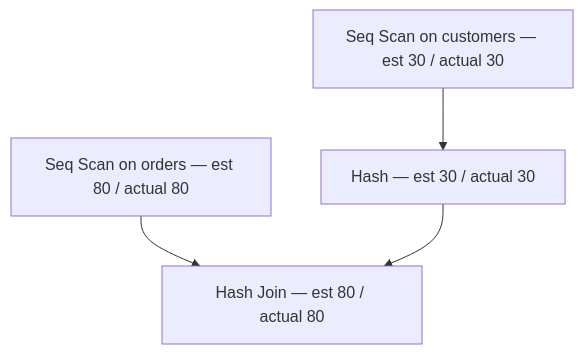
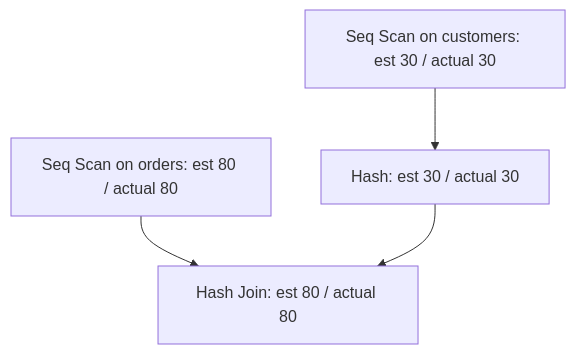
The diagram in web/src/data/content/m7.md (theakhandpatel/querycraft), drawn with Mermaid before and after one commit. The commit also changed other lines of this file and 343 other files, not shown here.

````diff
--- a/web/src/data/content/m7.md
+++ b/web/src/data/content/m7.md
@@ -17,10 +17,10 @@
 ```mermaid
 flowchart TD
-    HJ["Hash Join — est 80 / actual 80"]
-    A["Seq Scan on orders — est 80 / actual 80"]
-    H["Hash — est 30 / actual 30"]
-    B["Seq Scan on customers — est 30 / actual 30"]
+    HJ["Hash Join: est 80 / actual 80"]
+    A["Seq Scan on orders: est 80 / actual 80"]
+    H["Hash: est 30 / actual 30"]
+    B["Seq Scan on customers: est 30 / actual 30"]
     B --> H
     A --> HJ
     H --> HJ
 ```
````
